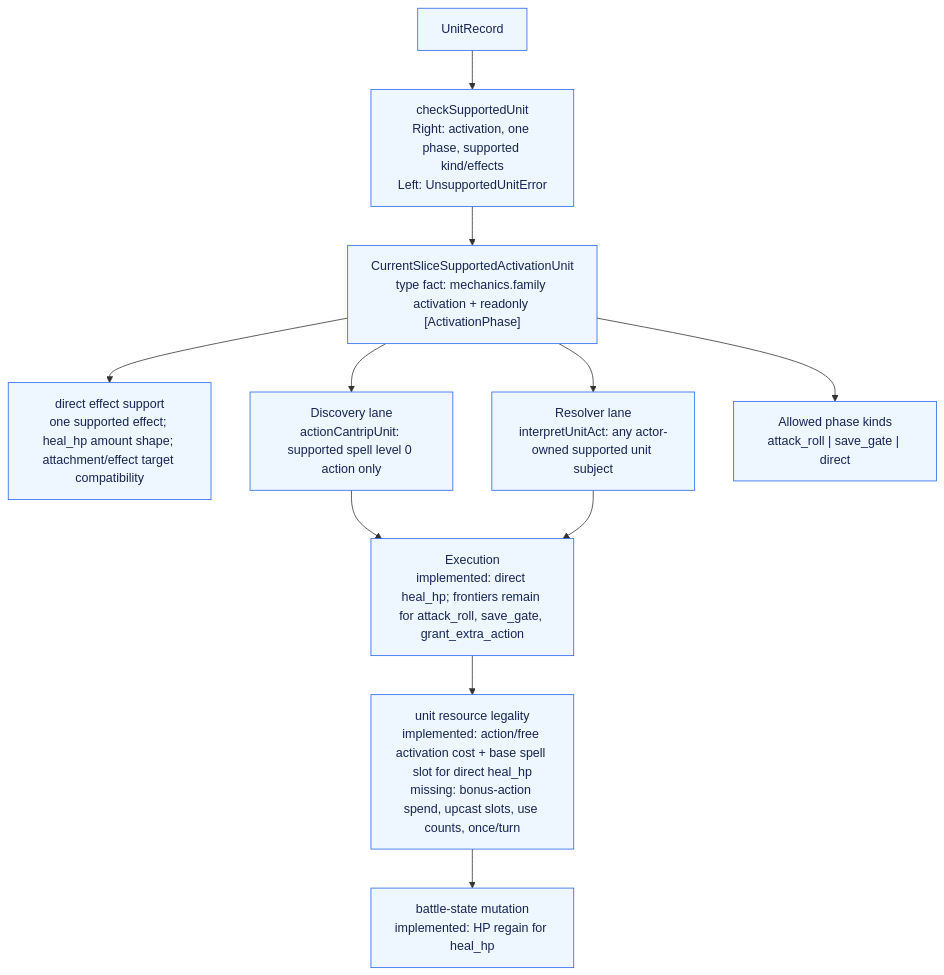
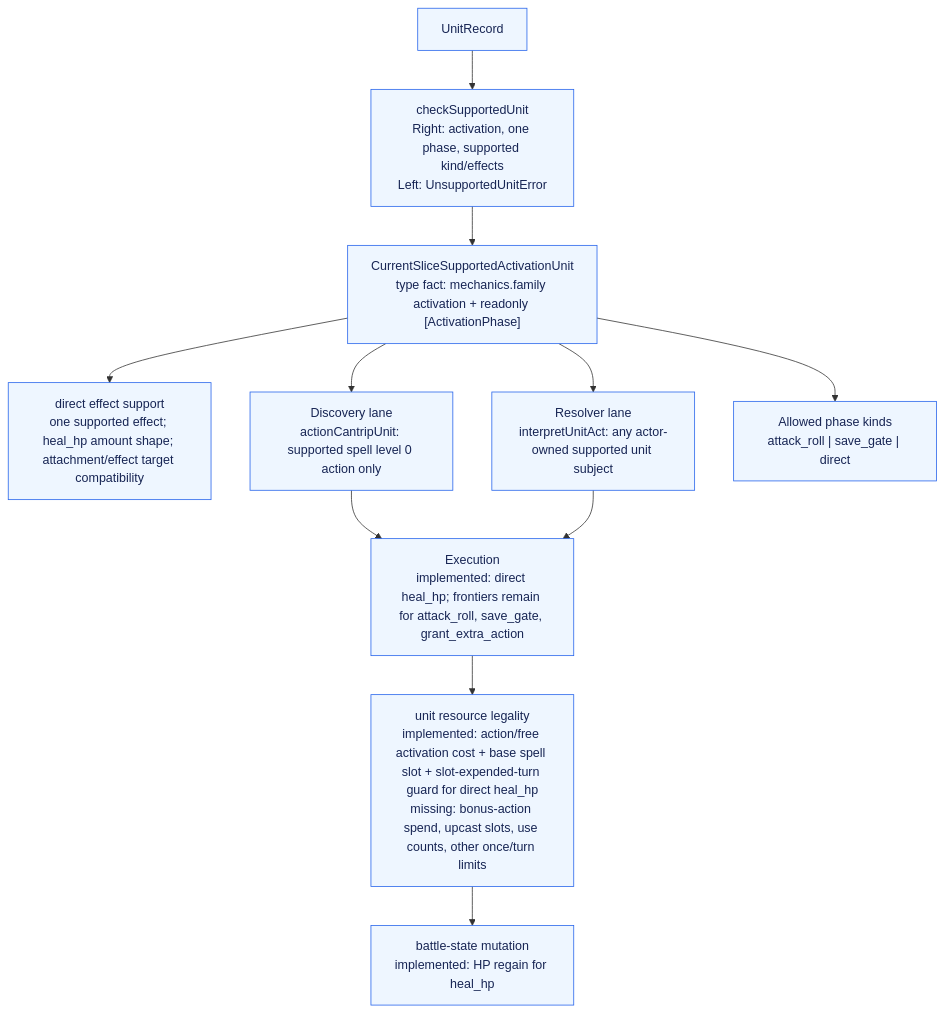
One commit to dearlordylord/5e-quint changed the sixth of 7 diagrams in packages/surface-runtime-correction/ARCHITECTURE_GRAPH.md. Above: the diagram before and after it, drawn with Mermaid. The commit also changed other lines of this file and 3 other files, not shown here.

Commit message:
Fix unit resource legality protocol

````diff
--- a/packages/surface-runtime-correction/ARCHITECTURE_GRAPH.md
+++ b/packages/surface-runtime-correction/ARCHITECTURE_GRAPH.md
@@ -240,25 +240,25 @@
 ```mermaid
 flowchart TD
   UnitRecord["UnitRecord"]
   Support["checkSupportedUnit<br/>Right: activation, one phase, supported kind/effects<br/>Left: UnsupportedUnitError"]
   Supported["CurrentSliceSupportedActivationUnit<br/>type fact: mechanics.family activation + readonly [ActivationPhase]"]
   DirectSupport["direct effect support<br/>one supported effect; heal_hp amount shape; attachment/effect target compatibility"]
   DiscoveryLane["Discovery lane<br/>actionCantripUnit: supported spell level 0 action only"]
   ResolverLane["Resolver lane<br/>interpretUnitAct: any actor-owned supported unit subject"]
   PhaseKinds["Allowed phase kinds<br/>attack_roll | save_gate | direct"]
   Execution["Execution<br/>implemented: direct heal_hp; frontiers remain for attack_roll, save_gate, grant_extra_action"]
-  ResourceLegality["unit resource legality<br/>implemented: action/free activation cost + base spell slot for direct heal_hp<br/>missing: bonus-action spend, upcast slots, use counts, once/turn"]
+  ResourceLegality["unit resource legality<br/>implemented: action/free activation cost + base spell slot + slot-expended-turn guard for direct heal_hp<br/>missing: bonus-action spend, upcast slots, use counts, other once/turn limits"]
   StateMutation["battle-state mutation<br/>implemented: HP regain for heal_hp"]
 
   UnitRecord --> Support --> Supported
   Supported --> PhaseKinds
   Supported --> DirectSupport
   Supported --> DiscoveryLane
   Supported --> ResolverLane
   DiscoveryLane --> Execution --> ResourceLegality --> StateMutation
   ResolverLane --> Execution
 
   classDef missing fill:#fff1f0,stroke:#c2410c,stroke-width:2px,stroke-dasharray: 6 4,color:#7c2d12;
   classDef implemented fill:#eef6ff,stroke:#2563eb,color:#172554;
   class UnitRecord,Support,Supported,DirectSupport,DiscoveryLane,ResolverLane,PhaseKinds,Execution,ResourceLegality,StateMutation implemented;
 ```
````
